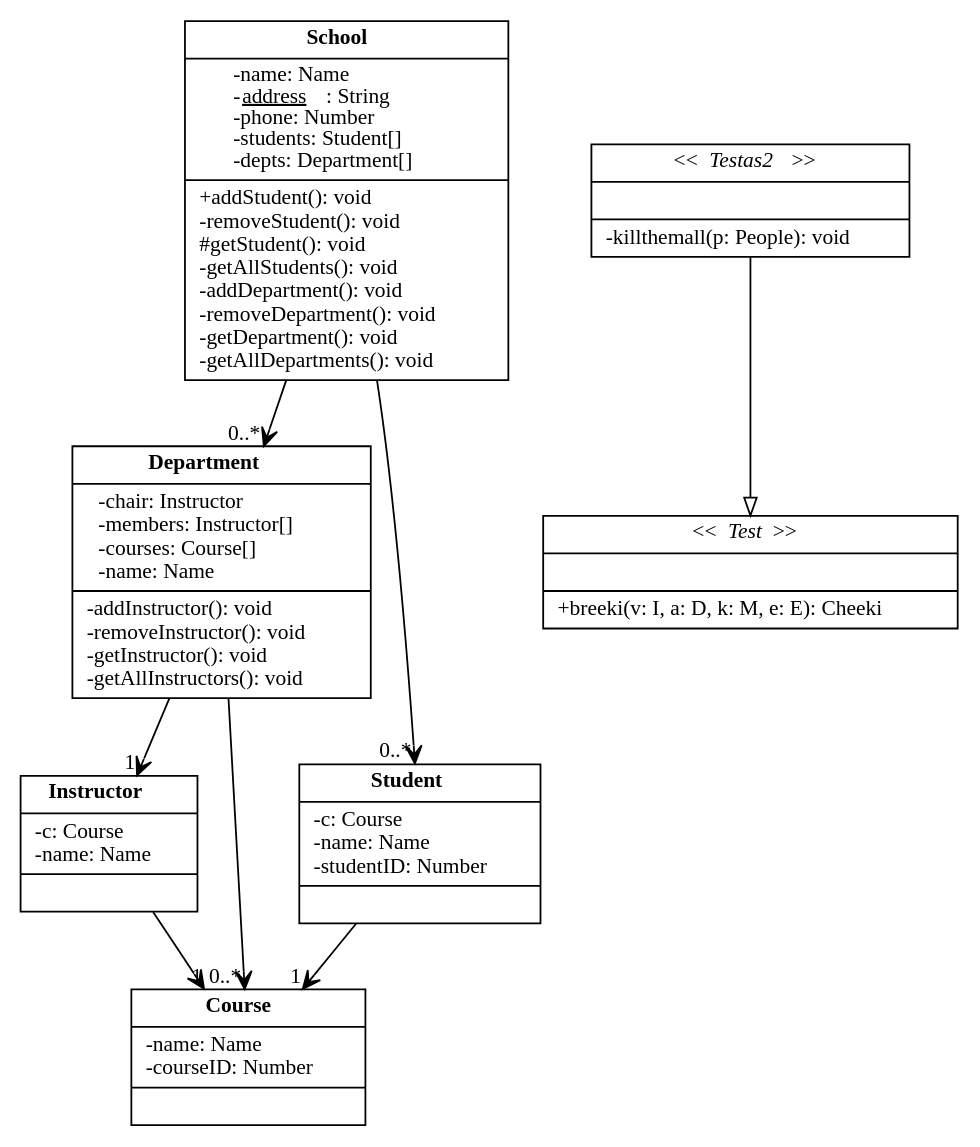
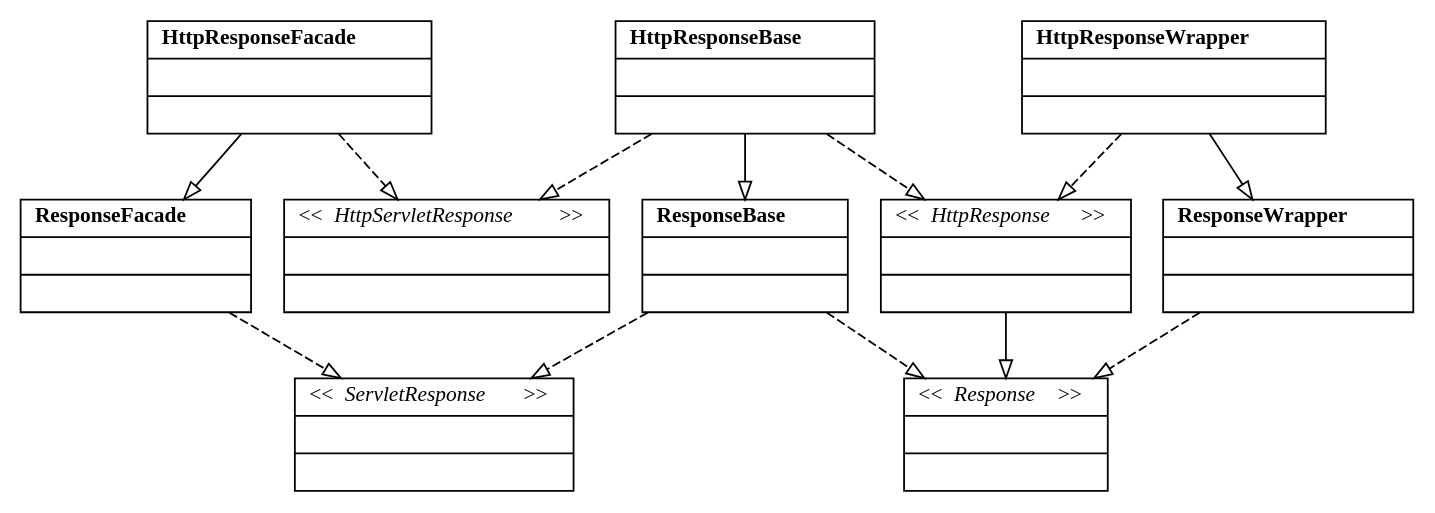
The diagram in diagram.dot (ruankotovich/JTD), drawn with Graphviz before and after one commit. The commit also changed 4 other files, not shown here.

```diff
--- a/diagram.dot
+++ b/diagram.dot
@@ -1,36 +1,51 @@
 digraph {
 fontname = "Bitstream Vera Sans"
 fontsize = 12
 node [
 fontname = "Bitstream Vera Sans"
 fontsize = 12
 shape = "record"
 ]
 edge [
 fontname = "Bitstream Vera Sans"
 fontsize = 12
 ]
-1 [ label = <{<b>School</b>|-name: Name<br align="left"/>-<u>address</u>: String<br align="left"/>-phone: Number<br align="left"/>-students: Student[]<br align="left"/>-depts: Department[]<br align="left"/>|+addStudent(): void<br align="left"/>-removeStudent(): void<br align="left"/>#getStudent(): void<br align="left"/>-getAllStudents(): void<br align="left"/>-addDepartment(): void<br align="left"/>-removeDepartment(): void<br align="left"/>-getDepartment(): void<br align="left"/>-getAllDepartments(): void<br align="left"/>}>]
-2 [ label = <{<b>Department</b>|-chair: Instructor<br align="left"/>-members: Instructor[]<br align="left"/>-courses: Course[]<br align="left"/>-name: Name<br align="left"/>|-addInstructor(): void<br align="left"/>-removeInstructor(): void<br align="left"/>-getInstructor(): void<br align="left"/>-getAllInstructors(): void<br align="left"/>}>]
-3 [ label = <{<b>Instructor</b>|-c: Course<br align="left"/>-name: Name<br align="left"/>|}>]
-4 [ label = <{<b>Student</b>|-c: Course<br align="left"/>-name: Name<br align="left"/>-studentID: Number<br align="left"/>|}>]
-5 [ label = <{<b>Course</b>|-name: Name<br align="left"/>-courseID: Number<br align="left"/>|}>]
-6 [ label = <{&lt;&lt;<i>Testas2</i>&gt;&gt;||-killthemall(p: People): void<br align="left"/>}>]
+1 [ label = <{<b>HttpResponseFacade</b>||}>]
+2 [ label = <{<b>HttpResponseWrapper</b>||}>]
+3 [ label = <{<b>ResponseFacade</b>||}>]
+4 [ label = <{<b>ResponseWrapper</b>||}>]
+5 [ label = <{<b>ResponseBase</b>||}>]
+6 [ label = <{<b>HttpResponseBase</b>||}>]
+7 [ label = <{&lt;&lt;<i>Response</i>&gt;&gt;||}>]
 
-7 [ label = <{&lt;&lt;<i>Test</i>&gt;&gt;||+breeki(v: I, a: D, k: M, e: E): Cheeki<br align="left"/>}>]
+8 [ label = <{&lt;&lt;<i>ServletResponse</i>&gt;&gt;||}>]
 
-1 -> 2 [style = "solid" arrowhead = "open" dir = "forward" taillabel = "" headlabel = "0..*" label = ""]
+9 [ label = <{&lt;&lt;<i>HttpResponse</i>&gt;&gt;||}>]
 
-1 -> 4 [style = "solid" arrowhead = "open" dir = "forward" taillabel = "" headlabel = "0..*" label = ""]
+10 [ label = <{&lt;&lt;<i>HttpServletResponse</i>&gt;&gt;||}>]
 
-2 -> 3 [style = "solid" arrowhead = "open" dir = "forward" taillabel = "" headlabel = "1" label = ""]
+1 -> 3 [style = "solid" arrowhead = "onormal" dir = "forward" taillabel = "" headlabel = "" label = ""]
 
-2 -> 5 [style = "solid" arrowhead = "open" dir = "forward" taillabel = "" headlabel = "0..*" label = ""]
+1 -> 10 [style = "dashed" arrowhead = "onormal" dir = "forward" taillabel = "" headlabel = "" label = ""]
 
-3 -> 5 [style = "solid" arrowhead = "open" dir = "forward" taillabel = "" headlabel = "1" label = ""]
+2 -> 4 [style = "solid" arrowhead = "onormal" dir = "forward" taillabel = "" headlabel = "" label = ""]
 
-4 -> 5 [style = "solid" arrowhead = "open" dir = "forward" taillabel = "" headlabel = "1" label = ""]
+2 -> 9 [style = "dashed" arrowhead = "onormal" dir = "forward" taillabel = "" headlabel = "" label = ""]
 
-6 -> 7 [style = "solid" arrowhead = "onormal" dir = "forward" taillabel = "" headlabel = "" label = ""]
+3 -> 8 [style = "dashed" arrowhead = "onormal" dir = "forward" taillabel = "" headlabel = "" label = ""]
+
+4 -> 7 [style = "dashed" arrowhead = "onormal" dir = "forward" taillabel = "" headlabel = "" label = ""]
+
+5 -> 7 [style = "dashed" arrowhead = "onormal" dir = "forward" taillabel = "" headlabel = "" label = ""]
+
+5 -> 8 [style = "dashed" arrowhead = "onormal" dir = "forward" taillabel = "" headlabel = "" label = ""]
+
+6 -> 5 [style = "solid" arrowhead = "onormal" dir = "forward" taillabel = "" headlabel = "" label = ""]
+
+6 -> 9 [style = "dashed" arrowhead = "onormal" dir = "forward" taillabel = "" headlabel = "" label = ""]
+
+6 -> 10 [style = "dashed" arrowhead = "onormal" dir = "forward" taillabel = "" headlabel = "" label = ""]
+
+9 -> 7 [style = "solid" arrowhead = "onormal" dir = "forward" taillabel = "" headlabel = "" label = ""]
 
 }
```
